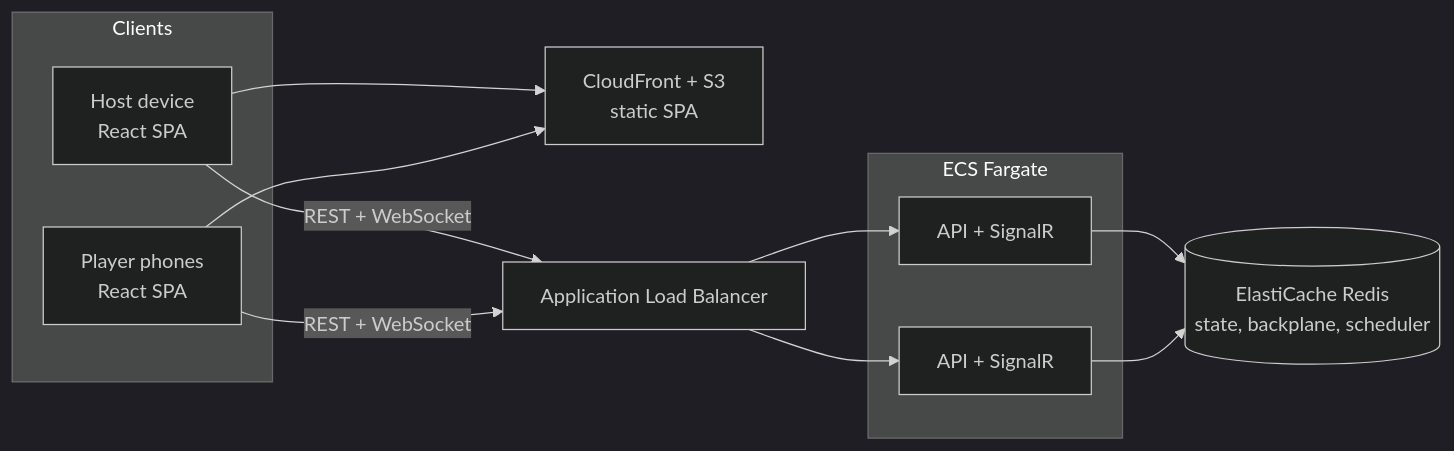
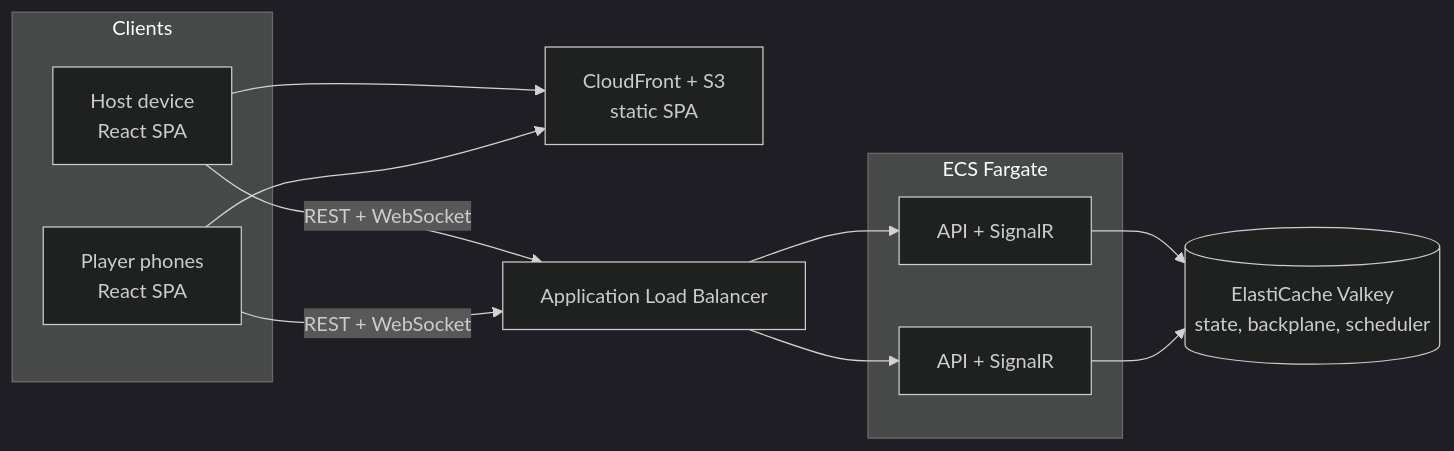
Before and after one commit to icemanjr/SyncBingo: the diagram in README.md, drawn with Mermaid (dark theme). The commit also changed other lines of this file and 13 other files, not shown here.

````diff
--- a/README.md
+++ b/README.md
@@ -37,18 +37,18 @@
 ```mermaid
 flowchart LR
   subgraph Clients
     H["Host device<br/>React SPA"]
     P["Player phones<br/>React SPA"]
   end
   CF["CloudFront + S3<br/>static SPA"]
   ALB["Application Load Balancer"]
   subgraph ECS["ECS Fargate"]
     A1["API + SignalR"]
     A2["API + SignalR"]
   end
-  R[("ElastiCache Redis<br/>state, backplane, scheduler")]
+  R[("ElastiCache Valkey<br/>state, backplane, scheduler")]
   H & P --> CF
   H & P -- "REST + WebSocket" --> ALB
   ALB --> A1 & A2
   A1 & A2 --> R
 ```
````
